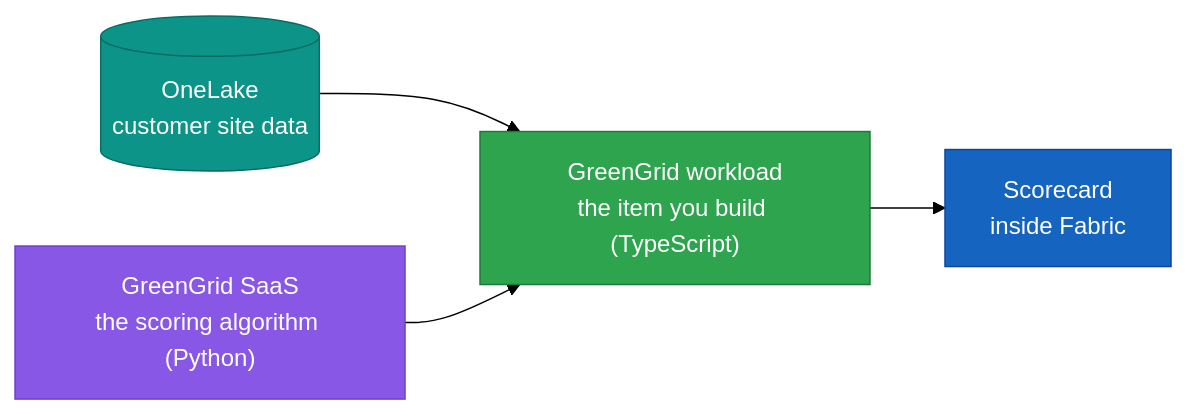
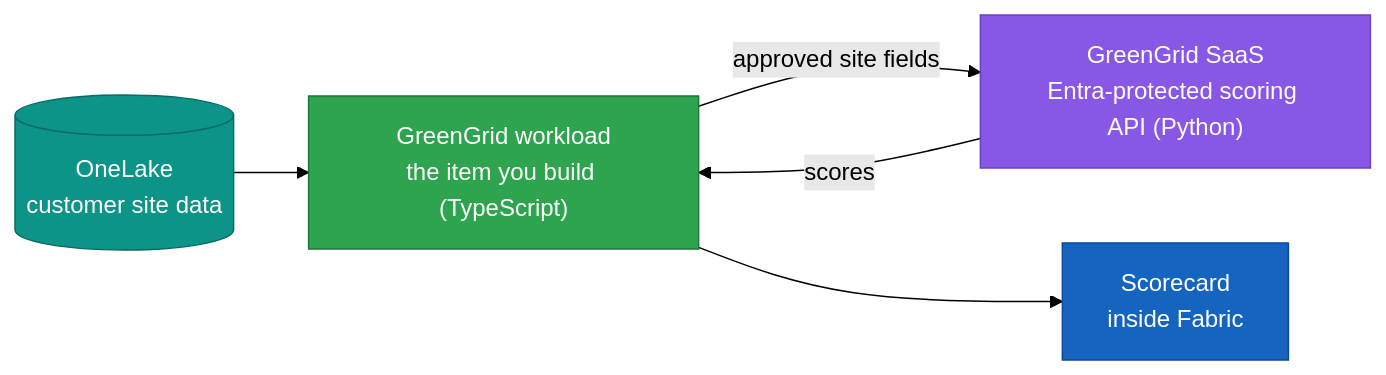
One commit to fredgis/BookWorkload changed the seventh of 8 diagrams in workload-chapter-full.md. Above: the diagram before and after it, drawn with Mermaid (forest theme). The commit also changed other lines of this file and 8 other files, not shown here.

````diff
--- a/workload-chapter-full.md
+++ b/workload-chapter-full.md
@@ -825,14 +861,15 @@
 ```mermaid
 flowchart LR
     OL[("OneLake<br/>customer site data")]
-    SA["GreenGrid SaaS<br/>the scoring algorithm (Python)"]
+    SA["GreenGrid SaaS<br/>Entra-protected scoring API (Python)"]
     W["GreenGrid workload<br/>the item you build (TypeScript)"]
     R["Scorecard<br/>inside Fabric"]
     OL --> W
-    SA --> W
+    W -->|"approved site fields"| SA
+    SA -->|"scores"| W
     W --> R
     style OL fill:#0d9488,stroke:#0a6b62,color:#ffffff
     style SA fill:#8957e5,stroke:#6e40c9,color:#ffffff
     style W fill:#2ea44f,stroke:#1b7a37,color:#ffffff
     style R fill:#1565c0,stroke:#0d47a1,color:#ffffff
 ```
````
